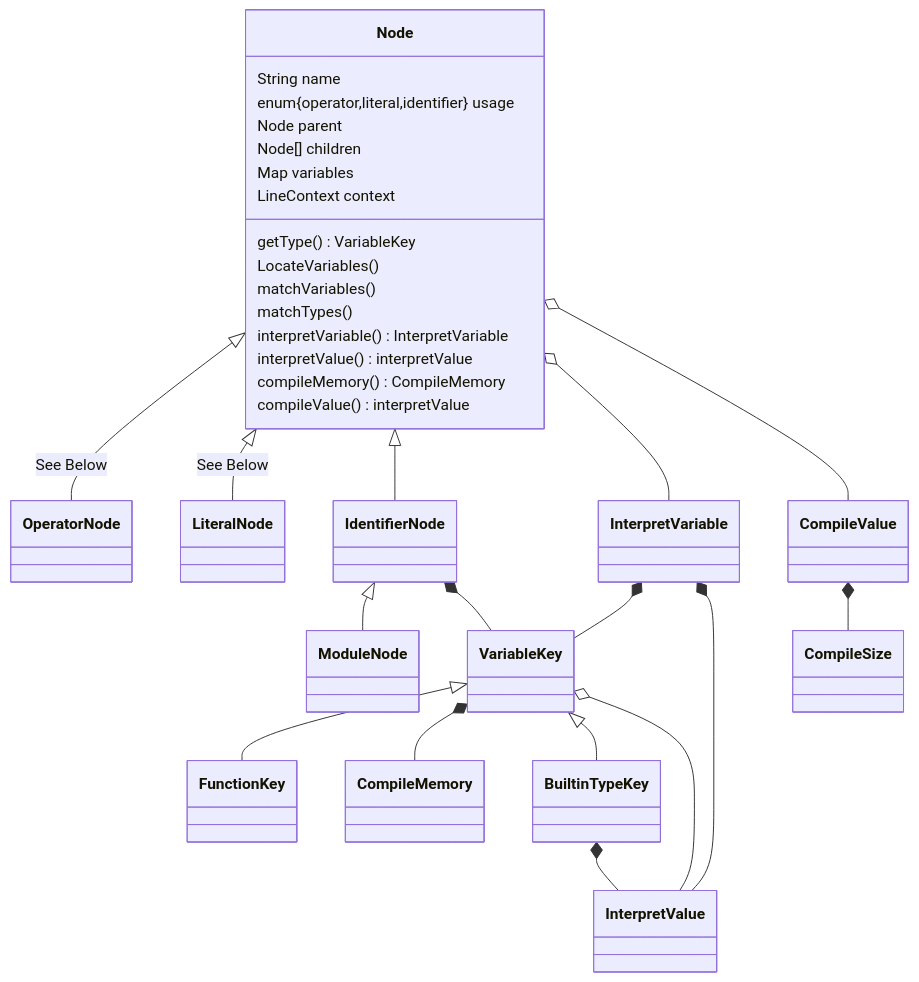
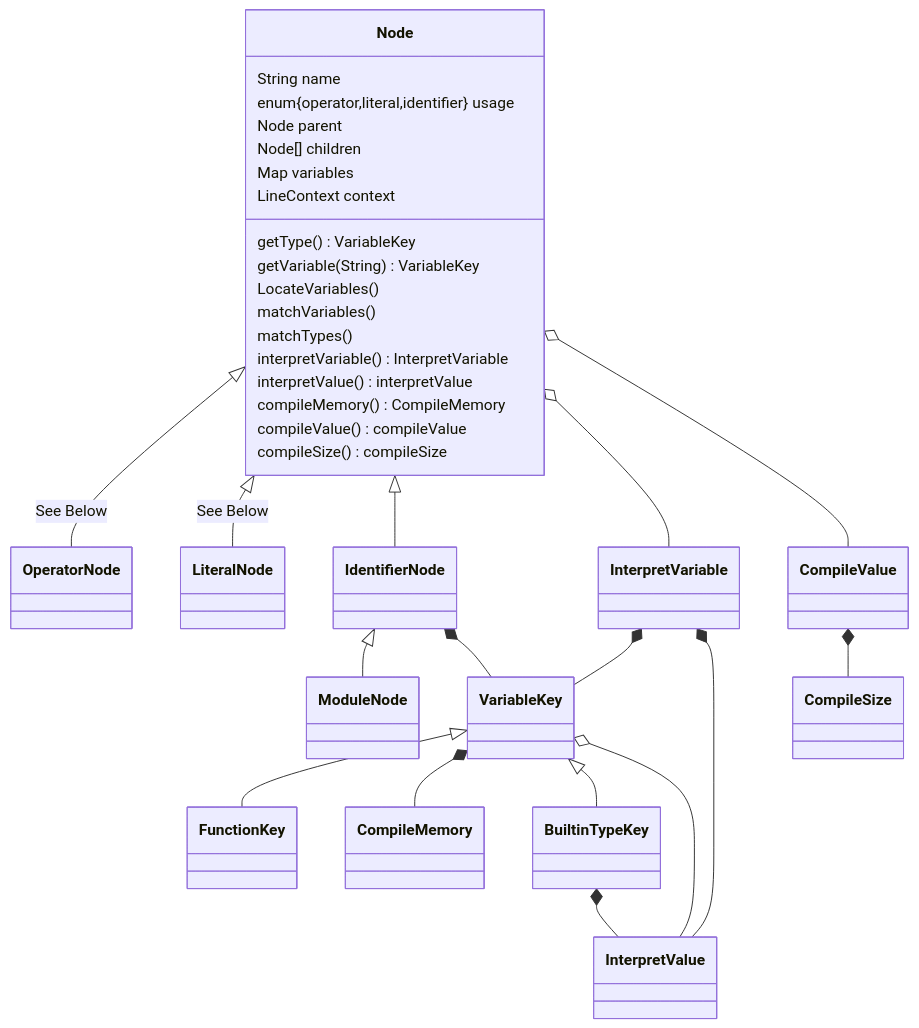
The first of 4 diagrams in README.md (Jzhyang1/Monomer), drawn with Mermaid before and after one commit. The commit also changed other lines of this file, not shown here.

Commit message:
README.md updated from https://stackedit.io/

````diff
--- a/README.md
+++ b/README.md
@@ -239,33 +239,35 @@
 ```mermaid
 classDiagram
 Node <|-- OperatorNode: See Below
 Node <|-- LiteralNode: See Below
 Node <|-- IdentifierNode
 Node o-- InterpretVariable
 IdentifierNode <|-- ModuleNode
 IdentifierNode *-- VariableKey
 VariableKey <|-- FunctionKey
 VariableKey *-- CompileMemory
 VariableKey <|-- BuiltinTypeKey
 BuiltinTypeKey *-- InterpretValue
 VariableKey o-- InterpretValue
 InterpretVariable *-- VariableKey
 CompileValue *-- CompileSize
 Node o-- CompileValue
 InterpretVariable *-- InterpretValue
 
 Node: String name
 Node: enum{operator,literal,identifier} usage
 Node: Node parent
 Node: Node[] children
 Node: Map<String, VariableKey> variables
 Node: LineContext context
 Node: getType() VariableKey
+Node: getVariable(String) VariableKey
 Node: LocateVariables()
 Node: matchVariables()
 Node: matchTypes()
 Node: interpretVariable() InterpretVariable
 Node: interpretValue() interpretValue
 Node: compileMemory() CompileMemory
-Node: compileValue() interpretValue
+Node: compileValue() compileValue
+Node: compileSize() compileSize
 ```
````
